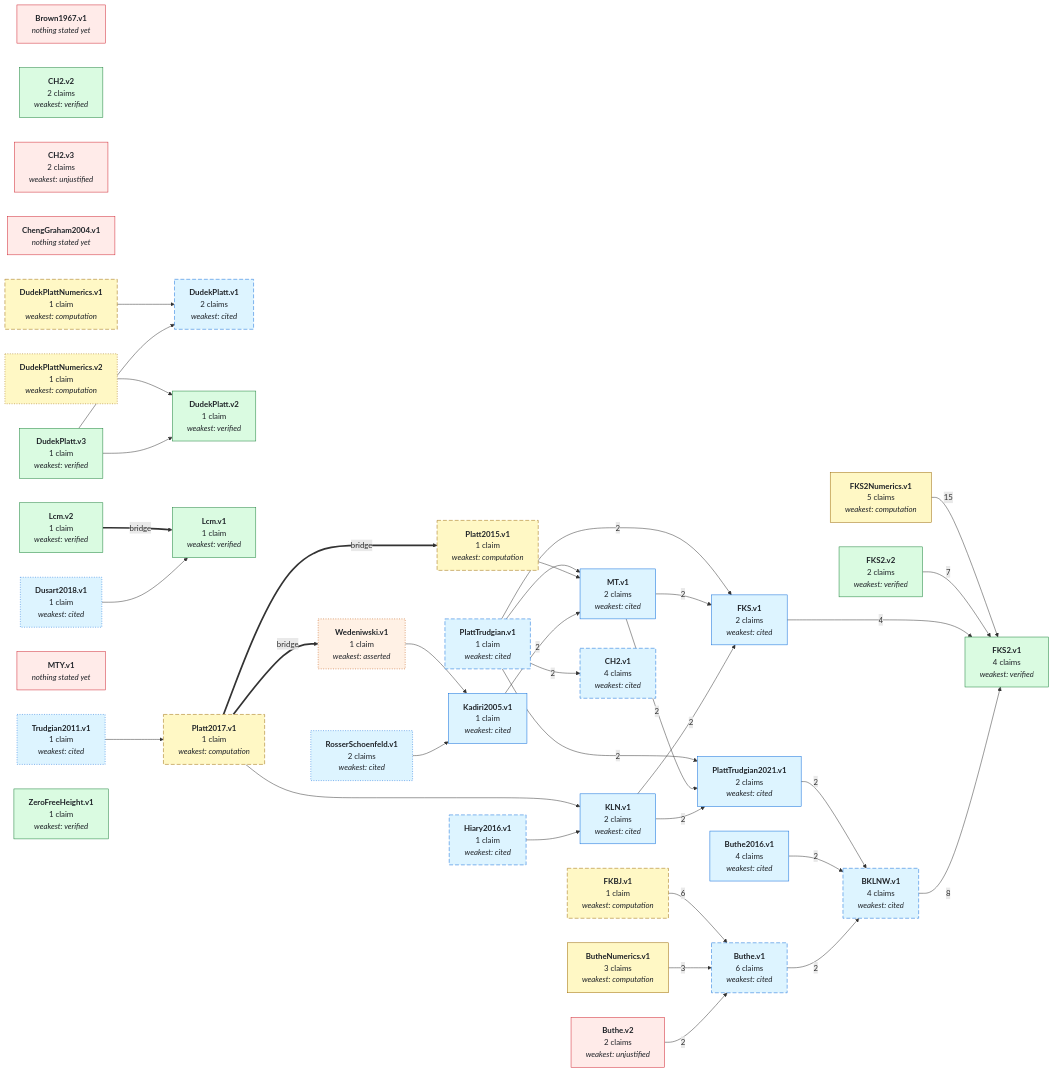
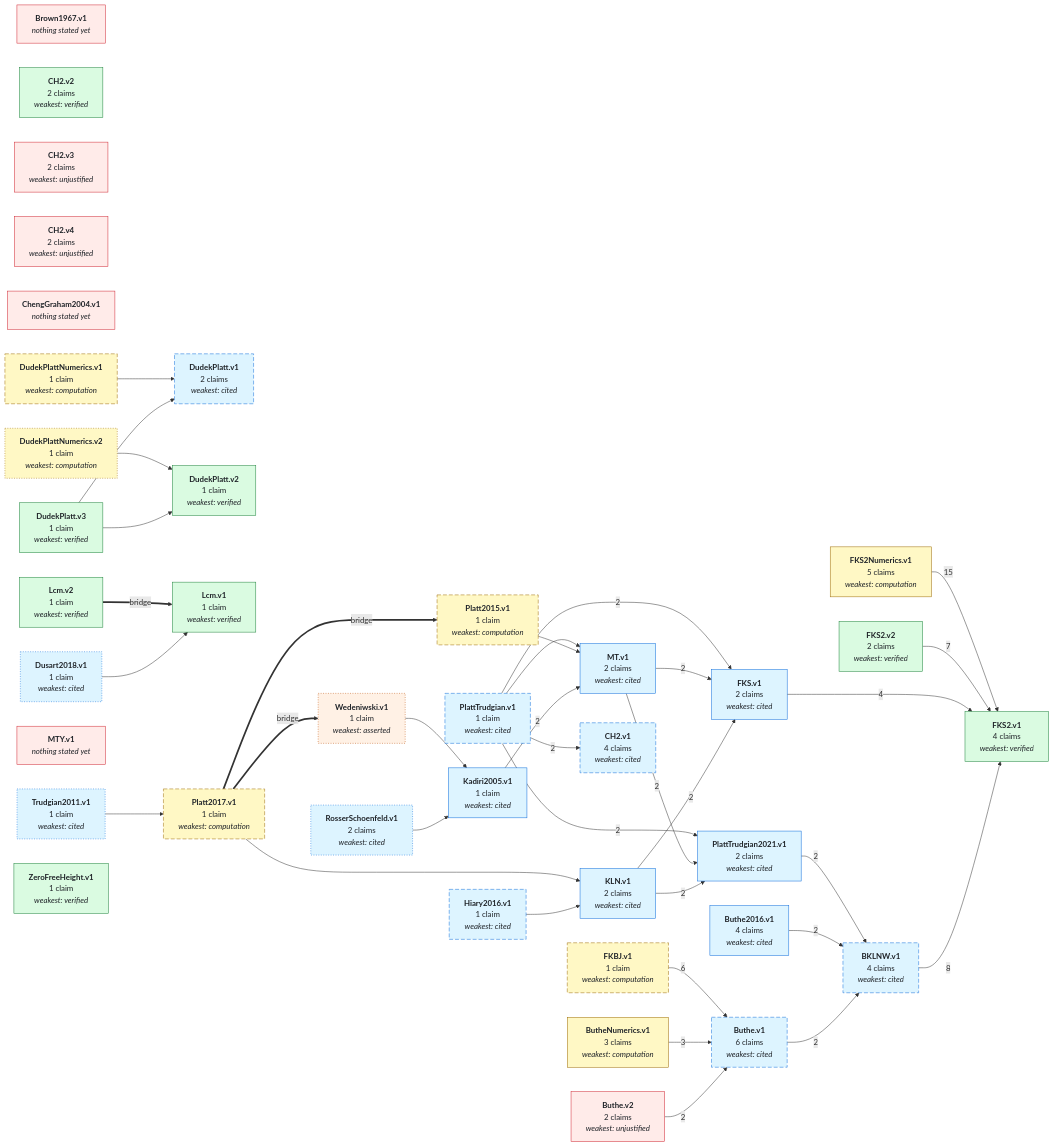
One commit to teorth/IEANTN changed the first of 2 diagrams in GRAPH.md. Above: the diagram before and after it, drawn with Mermaid. The commit also changed other lines of this file and 9 other files, not shown here.

```diff
--- a/GRAPH.md
+++ b/GRAPH.md
@@ -61,6 +61,7 @@
   NCH2_v1["<b>CH2.v1</b><br/>4 claims<br/><i>weakest: cited</i>"]
   NCH2_v2["<b>CH2.v2</b><br/>2 claims<br/><i>weakest: verified</i>"]
   NCH2_v3["<b>CH2.v3</b><br/>2 claims<br/><i>weakest: unjustified</i>"]
+  NCH2_v4["<b>CH2.v4</b><br/>2 claims<br/><i>weakest: unjustified</i>"]
   NChengGraham2004_v1["<b>ChengGraham2004.v1</b><br/><i>nothing stated yet</i>"]
   NDudekPlatt_v1["<b>DudekPlatt.v1</b><br/>2 claims<br/><i>weakest: cited</i>"]
   NDudekPlatt_v2["<b>DudekPlatt.v2</b><br/>1 claim<br/><i>weakest: verified</i>"]
@@ -136,7 +137,7 @@
   style NRosserSchoenfeld_v1 stroke-dasharray: 2 3;
   style NTrudgian2011_v1 stroke-dasharray: 2 3;
   style NWedeniwski_v1 stroke-dasharray: 2 3;
-  class NBrown1967_v1,NButhe_v2,NCH2_v3,NChengGraham2004_v1,NMTY_v1 none_yet;
+  class NBrown1967_v1,NButhe_v2,NCH2_v3,NCH2_v4,NChengGraham2004_v1,NMTY_v1 none_yet;
   class NWedeniwski_v1 asserted;
   class NBKLNW_v1,NButhe_v1,NButhe2016_v1,NCH2_v1,NDudekPlatt_v1,NDusart2018_v1,NFKS_v1,NHiary2016_v1,NKLN_v1,NKadiri2005_v1,NMT_v1,NPlattTrudgian_v1,NPlattTrudgian2021_v1,NRosserSchoenfeld_v1,NTrudgian2011_v1 literature;
   class NButheNumerics_v1,NDudekPlattNumerics_v1,NDudekPlattNumerics_v2,NFKBJ_v1,NFKS2Numerics_v1,NPlatt2015_v1,NPlatt2017_v1 numerical;
@@ -149,6 +150,7 @@
   click NCH2_v1 href "https://github.com/teorth/IEANTN/blob/main/docs/nodes/CH2-v1.md" _blank
   click NCH2_v2 href "https://github.com/teorth/IEANTN/blob/main/docs/nodes/CH2-v2.md" _blank
   click NCH2_v3 href "https://github.com/teorth/IEANTN/blob/main/docs/nodes/CH2-v3.md" _blank
+  click NCH2_v4 href "https://github.com/teorth/IEANTN/blob/main/docs/nodes/CH2-v4.md" _blank
   click NDudekPlatt_v1 href "https://github.com/teorth/IEANTN/blob/main/docs/nodes/DudekPlatt-v1.md" _blank
   click NDudekPlatt_v2 href "https://github.com/teorth/IEANTN/blob/main/docs/nodes/DudekPlatt-v2.md" _blank
   click NDudekPlatt_v3 href "https://github.com/teorth/IEANTN/blob/main/docs/nodes/DudekPlatt-v3.md" _blank
```
